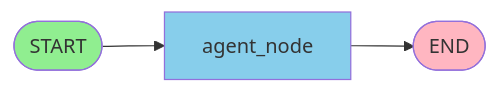
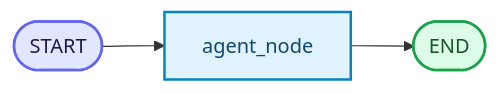
The first of 7 diagrams in docs/05-frameworks/einsteiger-langgraph.md (ralf-42/Agenten), drawn with Mermaid before and after one commit. The commit also changed other lines of this file and 15 other files, not shown here.

````diff
--- a/docs/05-frameworks/einsteiger-langgraph.md
+++ b/docs/05-frameworks/einsteiger-langgraph.md
@@ -123,9 +123,11 @@
 ```mermaid
 flowchart LR
     START([START]) --> AGENT[agent_node]
     AGENT --> END([END])
 
-    style START fill:#90EE90
-    style END fill:#FFB6C1
-    style AGENT fill:#87CEEB
+    classDef default fill:#e0f2fe,stroke:#0284c7,stroke-width:2px,color:#0c4a6e;
+    classDef input fill:#e0e7ff,stroke:#6366f1,stroke-width:2px,color:#1e1b4b;
+    classDef output fill:#dcfce7,stroke:#16a34a,stroke-width:2px,color:#14532d;
+    class START input;
+    class END output;
 ```
````
